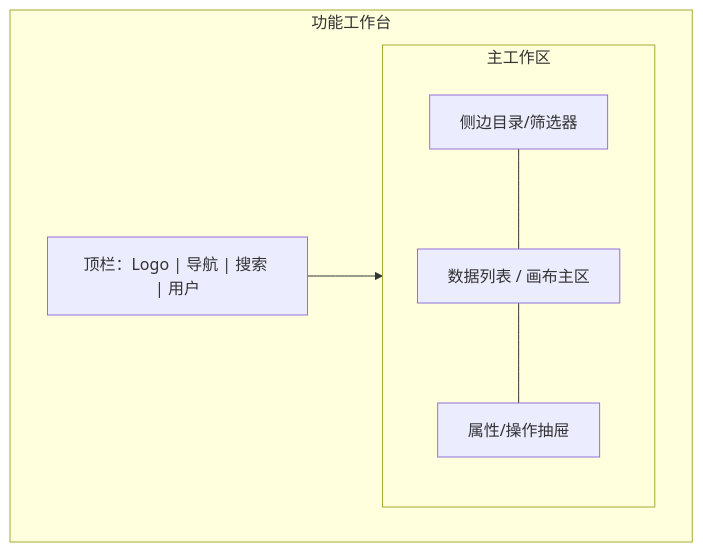
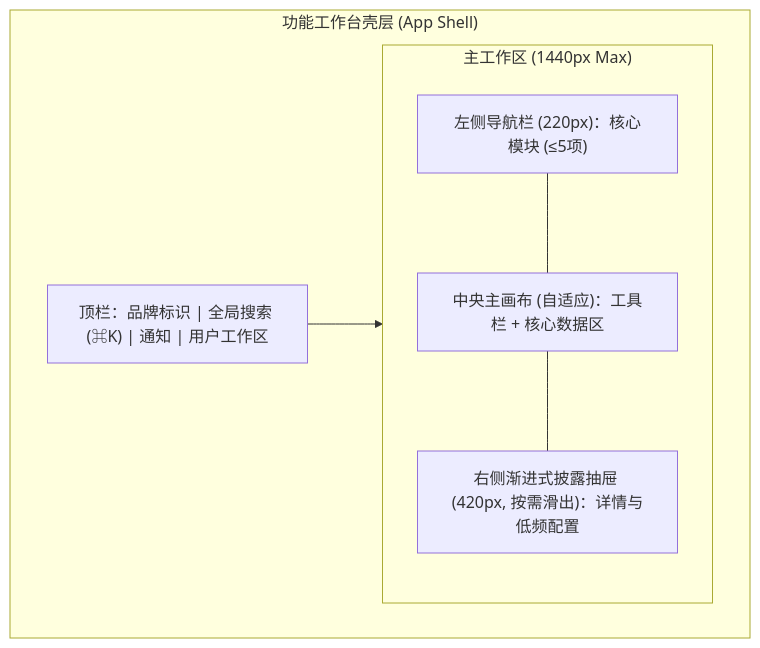
One commit to zhaoxuan-inside/hs-dev-skill changed the diagram in references/product_prototype.md. Above: the diagram before and after it, drawn with Mermaid. The commit also changed other lines of this file and 10 other files, not shown here.

Commit message:
feat(product-design): upgrade stage-0 product discovery, UX laws, dual-track ASCII+Mermaid prototypes, and Gherkin DoD (v2.25)

````diff
--- a/references/product_prototype.md
+++ b/references/product_prototype.md
@@ -46,13 +53,13 @@
 ```mermaid
 flowchart TB
-  subgraph Screen["功能工作台"]
-    Header["顶栏：Logo | 导航 | 搜索 | 用户"]
-    subgraph Body["主工作区"]
-      Sidebar["侧边目录/筛选器"]
-      MainCanvas["数据列表 / 画布主区"]
-      Inspector["属性/操作抽屉"]
+  subgraph Screen["功能工作台壳层 (App Shell)"]
+    Header["顶栏：品牌标识 | 全局搜索 (⌘K) | 通知 | 用户工作区"]
+    subgraph Body["主工作区 (1440px Max)"]
+      Sidebar["左侧导航栏 (220px)：核心模块 (≤5项)"]
+      MainCanvas["中央主画布 (自适应)：工具栏 + 核心数据区"]
+      Inspector["右侧渐进式披露抽屉 (420px, 按需滑出)：详情与低频配置"]
     end
     Header --> Body
     Sidebar --- MainCanvas --- Inspector
   end
 ```
````
